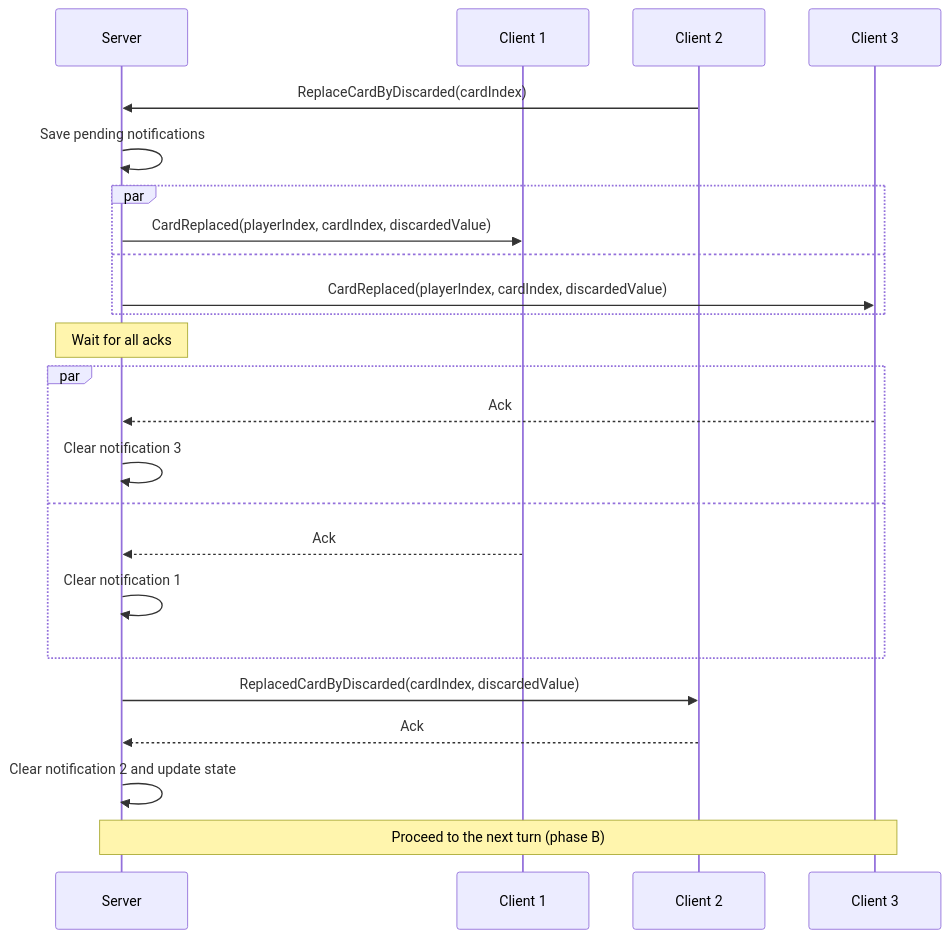
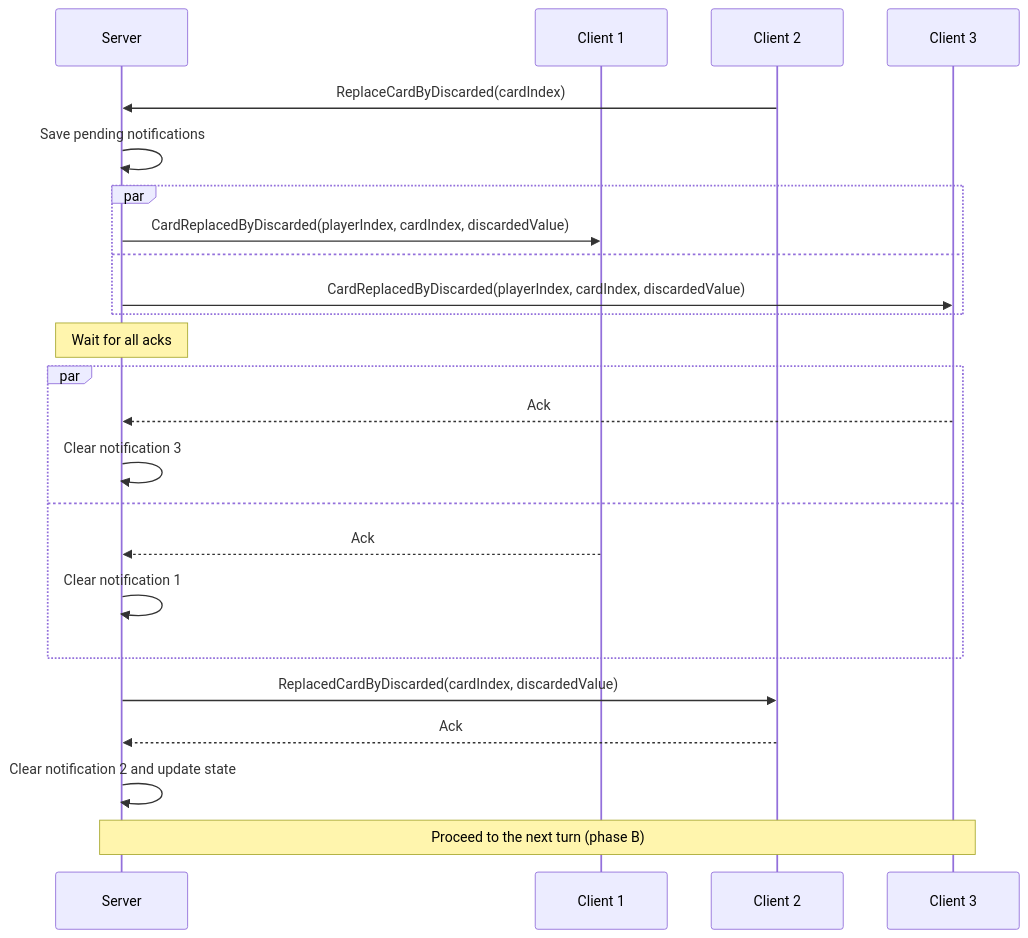
One commit to roman-zubarevich/another changed the fifth of 15 diagrams in README.md. Above: the diagram before and after it, drawn with Mermaid. The commit also changed other lines of this file, not shown here.

````diff
--- a/README.md
+++ b/README.md
@@ -134,26 +134,26 @@
 ```mermaid
 sequenceDiagram
     participant S as Server
     participant C1 as Client 1
     participant C2 as Client 2
     participant C3 as Client 3
     C2->>S: ReplaceCardByDiscarded(cardIndex)
     S->>S: Save pending notifications
     par
-        S->>C1: CardReplaced(playerIndex, cardIndex, discardedValue)
+        S->>C1: CardReplacedByDiscarded(playerIndex, cardIndex, discardedValue)
     and
-        S->>C3: CardReplaced(playerIndex, cardIndex, discardedValue)
+        S->>C3: CardReplacedByDiscarded(playerIndex, cardIndex, discardedValue)
     end
     Note over S: Wait for all acks
     par
         C3-->>S: Ack
         S->>S: Clear notification 3
     and
         C1-->>S: Ack
         S->>S: Clear notification 1
     end
     S->>C2: ReplacedCardByDiscarded(cardIndex, discardedValue)
     C2-->>S: Ack
     S->>S: Clear notification 2 and update state
     Note over S,C3: Proceed to the next turn (phase B)
 ```
````
